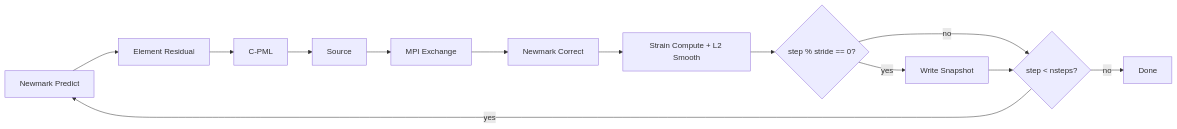
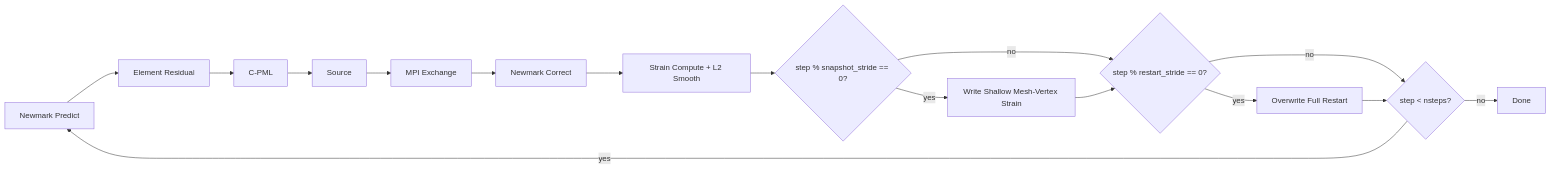
One commit to changguo1998/GF-only-SEM changed the diagram in forward/AGENTS.md. Above: the diagram before and after it, drawn with Mermaid. The commit also changed other lines of this file and 12 other files, not shown here.

First line of the commit message:
docs: reclaim shallow mesh-vertex Green function design

````diff
--- a/forward/AGENTS.md
+++ b/forward/AGENTS.md
@@ -56,15 +58,18 @@
 ```mermaid
 flowchart LR
     A[Newmark Predict] --> B[Element Residual]
     B --> C[C-PML]
     C --> D[Source]
     D --> E[MPI Exchange]
     E --> F[Newmark Correct]
     F --> G[Strain Compute + L2 Smooth]
-    G --> H{step % stride == 0?}
-    H -->|yes| I[Write Snapshot]
-    H -->|no| J{step < nsteps?}
+    G --> H{step % snapshot_stride == 0?}
+    H -->|yes| I[Write Shallow Mesh-Vertex Strain]
+    H -->|no| J{step % restart_stride == 0?}
     I --> J
-    J -->|yes| A
-    J -->|no| K[Done]
+    J -->|yes| K[Overwrite Full Restart]
+    J -->|no| L{step < nsteps?}
+    K --> L
+    L -->|yes| A
+    L -->|no| M[Done]
 ```
````
